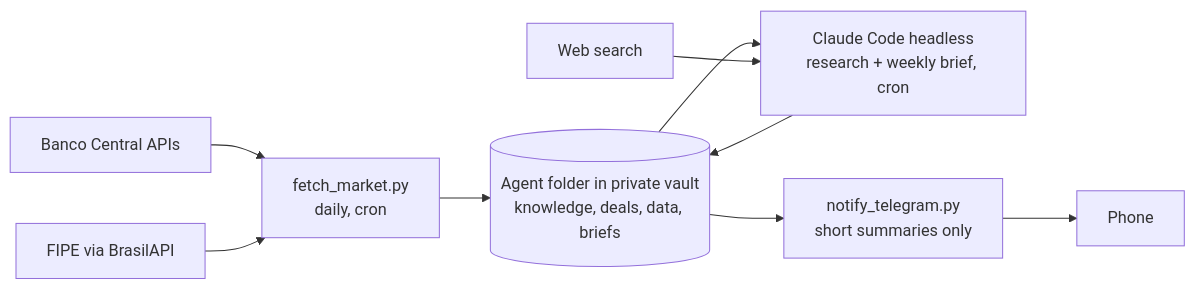
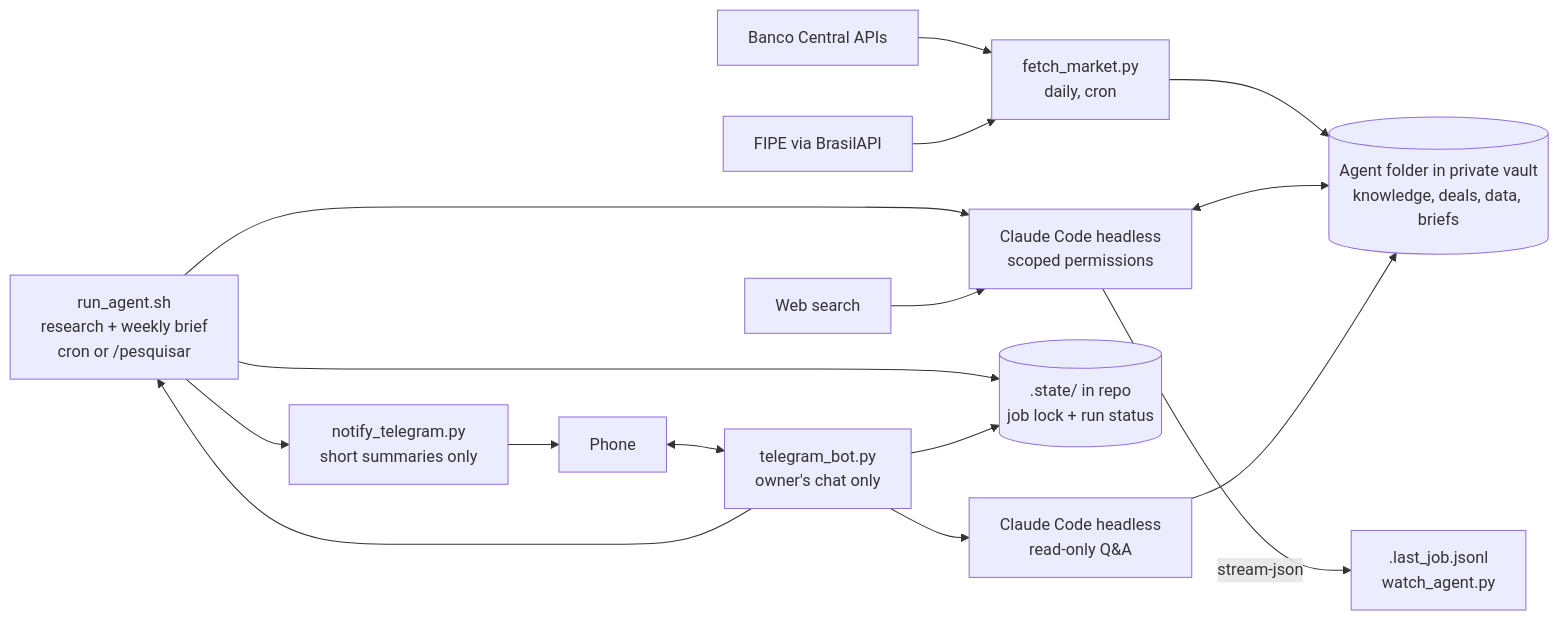
Before and after one commit to snowdevelops/vault-market-agent: the diagram in README.md, drawn with Mermaid. The commit also changed other lines of this file and 1 other file, not shown here.

First line of the commit message:
Document live view, Telegram bot and service

````diff
--- a/README.md
+++ b/README.md
@@ -16,11 +17,18 @@
 ```mermaid
 flowchart LR
     BCB[Banco Central APIs] --> F[fetch_market.py<br/>daily, cron]
     FIPE[FIPE via BrasilAPI] --> F
     F --> V[(Agent folder in private vault<br/>knowledge, deals, data, briefs)]
-    V --> C[Claude Code headless<br/>research + weekly brief, cron]
+    R[run_agent.sh<br/>research + weekly brief<br/>cron or /pesquisar] --> C[Claude Code headless<br/>scoped permissions]
     W[Web search] --> C
-    C --> V
-    V --> N[notify_telegram.py<br/>short summaries only]
+    C <--> V
+    R --> S[(.state/ in repo<br/>job lock + run status)]
+    C -- stream-json --> L[.last_job.jsonl<br/>watch_agent.py]
+    R --> N[notify_telegram.py<br/>short summaries only]
     N --> P[Phone]
+    P <--> B[telegram_bot.py<br/>owner's chat only]
+    B --> S
+    B --> R
+    B --> Q[Claude Code headless<br/>read-only Q&A]
+    Q --> V
 ```
````
